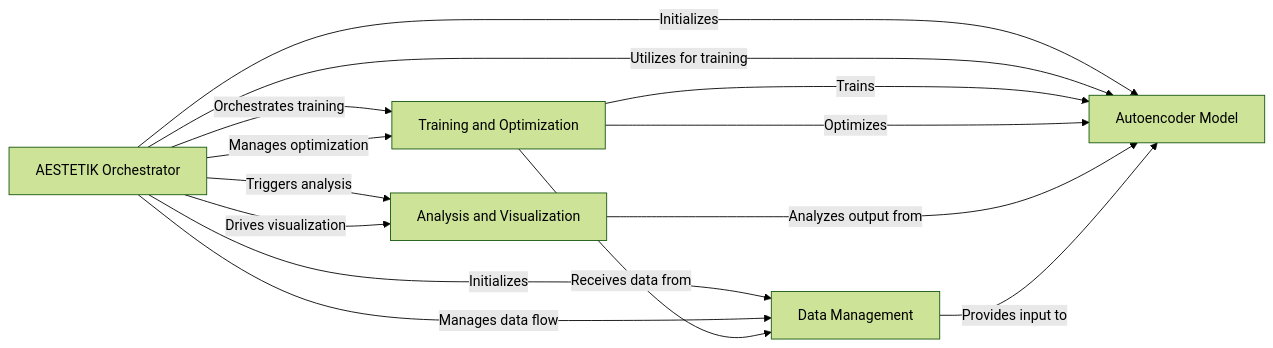
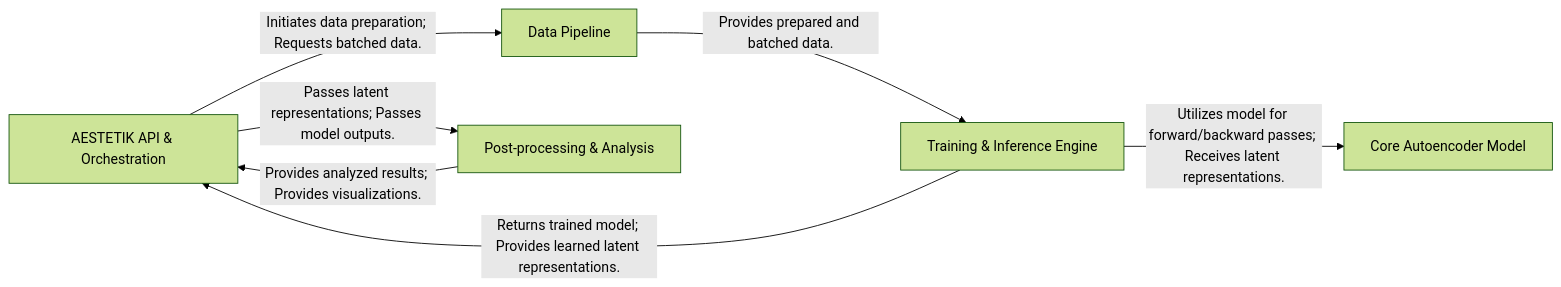
Before and after one commit to ratschlab/aestetik: the diagram in .codeboarding/on_boarding.md, drawn with Mermaid (forest theme). The commit also changed other lines of this file and 10 other files, not shown here.

Commit message:
Updated diagrams

````diff
--- a/.codeboarding/on_boarding.md
+++ b/.codeboarding/on_boarding.md
@@ -1,26 +1,18 @@
 ```mermaid
 graph LR
-    AESTETIK_Orchestrator["AESTETIK Orchestrator"]
-    Data_Management["Data Management"]
-    Autoencoder_Model["Autoencoder Model"]
-    Training_and_Optimization["Training and Optimization"]
-    Analysis_and_Visualization["Analysis and Visualization"]
-    AESTETIK_Orchestrator -- "Initializes" --> Data_Management
-    AESTETIK_Orchestrator -- "Manages data flow" --> Data_Management
-    AESTETIK_Orchestrator -- "Initializes" --> Autoencoder_Model
-    AESTETIK_Orchestrator -- "Utilizes for training" --> Autoencoder_Model
-    AESTETIK_Orchestrator -- "Orchestrates training" --> Training_and_Optimization
-    AESTETIK_Orchestrator -- "Manages optimization" --> Training_and_Optimization
-    AESTETIK_Orchestrator -- "Triggers analysis" --> Analysis_and_Visualization
-    AESTETIK_Orchestrator -- "Drives visualization" --> Analysis_and_Visualization
-    Training_and_Optimization -- "Trains" --> Autoencoder_Model
-    Training_and_Optimization -- "Optimizes" --> Autoencoder_Model
-    Training_and_Optimization -- "Receives data from" --> Data_Management
-    Analysis_and_Visualization -- "Analyzes output from" --> Autoencoder_Model
-    Data_Management -- "Provides input to" --> Autoencoder_Model
-    click AESTETIK_Orchestrator href "https://github.com/CodeBoarding/GeneratedOnBoardings/blob/main/aestetik/AESTETIK Orchestrator.md" "Details"
-    click Data_Management href "https://github.com/CodeBoarding/GeneratedOnBoardings/blob/main/aestetik/Data Management.md" "Details"
-    click Autoencoder_Model href "https://github.com/CodeBoarding/GeneratedOnBoardings/blob/main/aestetik/Autoencoder Model.md" "Details"
-    click Training_and_Optimization href "https://github.com/CodeBoarding/GeneratedOnBoardings/blob/main/aestetik/Training and Optimization.md" "Details"
-    click Analysis_and_Visualization href "https://github.com/CodeBoarding/GeneratedOnBoardings/blob/main/aestetik/Analysis and Visualization.md" "Details"
+    AESTETIK_API_Orchestration["AESTETIK API & Orchestration"]
+    Data_Pipeline["Data Pipeline"]
+    Core_Autoencoder_Model["Core Autoencoder Model"]
+    Training_Inference_Engine["Training & Inference Engine"]
+    Post_processing_Analysis["Post-processing & Analysis"]
+    AESTETIK_API_Orchestration -- "Initiates data preparation; Requests batched data." --> Data_Pipeline
+    Data_Pipeline -- "Provides prepared and batched data." --> Training_Inference_Engine
+    Training_Inference_Engine -- "Utilizes model for forward/backward passes; Receives latent representations." --> Core_Autoencoder_Model
+    Training_Inference_Engine -- "Returns trained model; Provides learned latent representations." --> AESTETIK_API_Orchestration
+    AESTETIK_API_Orchestration -- "Passes latent representations; Passes model outputs." --> Post_processing_Analysis
+    Post_processing_Analysis -- "Provides analyzed results; Provides visualizations." --> AESTETIK_API_Orchestration
+    click AESTETIK_API_Orchestration href "https://github.com/CodeBoarding/aestetik/blob/main/.codeboarding/AESTETIK_API_Orchestration.md" "Details"
+    click Data_Pipeline href "https://github.com/CodeBoarding/aestetik/blob/main/.codeboarding/Data_Pipeline.md" "Details"
+    click Core_Autoencoder_Model href "https://github.com/CodeBoarding/aestetik/blob/main/.codeboarding/Core_Autoencoder_Model.md" "Details"
+    click Training_Inference_Engine href "https://github.com/CodeBoarding/aestetik/blob/main/.codeboarding/Training_Inference_Engine.md" "Details"
 ```
````
